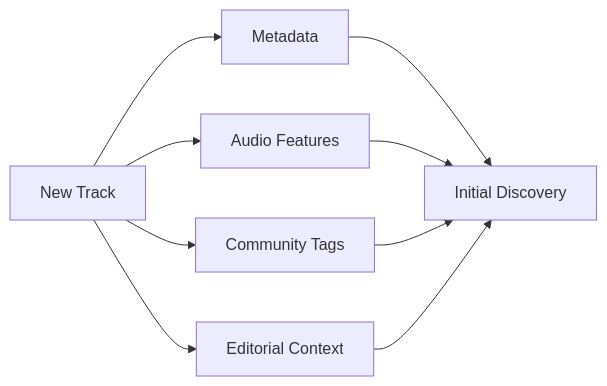
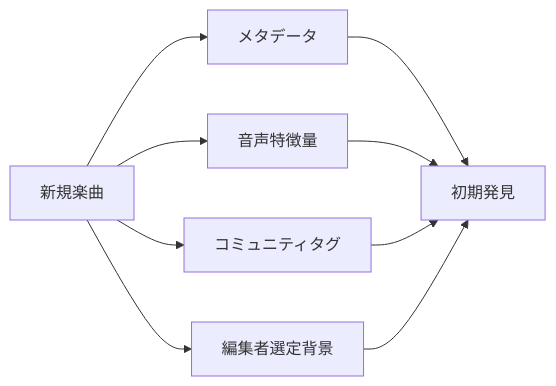
Before and after one commit to ShigeichiroYamasaki/creator-first-platform: the sixth of 35 diagrams in docs/whitepaper/08-discovery-community.md, drawn with Mermaid. The commit also changed other lines of this file and 72 other files, not shown here.

````diff
--- a/docs/whitepaper/08-discovery-community.md
+++ b/docs/whitepaper/08-discovery-community.md
@@ -220,14 +220,14 @@
 ```mermaid
 flowchart LR
-    NEW[New Track]
+    NEW[新規楽曲]
 
-    NEW --> META[Metadata]
-    NEW --> AUDIO[Audio Features]
-    NEW --> TAG[Community Tags]
-    NEW --> EDIT[Editorial Context]
+    NEW --> META[メタデータ]
+    NEW --> AUDIO[音声特徴量]
+    NEW --> TAG[コミュニティタグ]
+    NEW --> EDIT[編集者選定背景]
 
-    META --> DISC[Initial Discovery]
+    META --> DISC[初期発見]
     AUDIO --> DISC
     TAG --> DISC
     EDIT --> DISC
 ```
````
